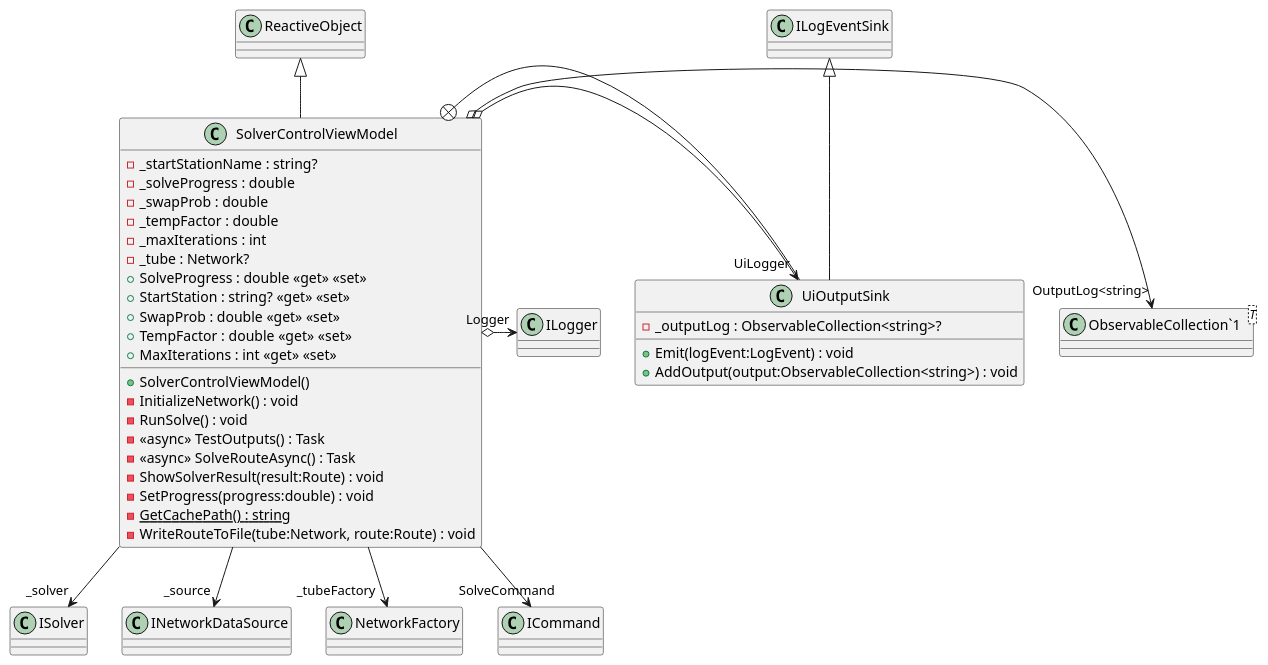
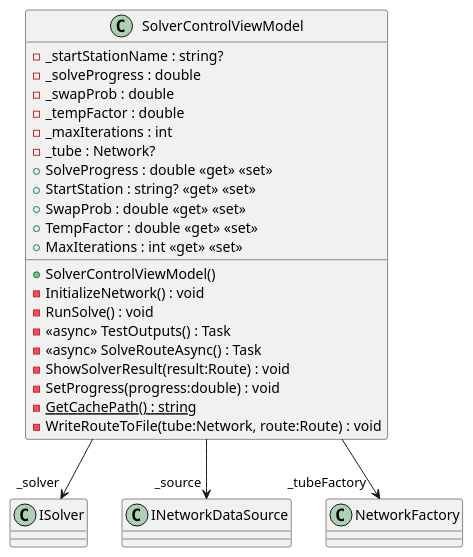
One commit to Liftyee/london-tube-navigator changed the diagram in TubeChallengeRouter/puml/GUIonly.puml. Above: the diagram before and after it, drawn with PlantUML. The commit also changed 4 other files, not shown here.

Commit message:
Manually polish and curate UML diagrams.

```diff
--- a/TubeChallengeRouter/puml/GUIonly.puml
+++ b/TubeChallengeRouter/puml/GUIonly.puml
@@ -1,41 +1,28 @@
 @startuml
 class SolverControlViewModel {
     - _startStationName : string?
     - _solveProgress : double
     - _swapProb : double
     - _tempFactor : double
     - _maxIterations : int
     - _tube : Network?
     + SolveProgress : double <<get>> <<set>>
     + StartStation : string? <<get>> <<set>>
     + SwapProb : double <<get>> <<set>>
     + TempFactor : double <<get>> <<set>>
     + MaxIterations : int <<get>> <<set>>
     + SolverControlViewModel()
     - InitializeNetwork() : void
     - RunSolve() : void
     - <<async>> TestOutputs() : Task
     - <<async>> SolveRouteAsync() : Task
     - ShowSolverResult(result:Route) : void
     - SetProgress(progress:double) : void
     - {static} GetCachePath() : string
     - WriteRouteToFile(tube:Network, route:Route) : void
 }
-class "ObservableCollection`1"<T> {
-}
-class UiOutputSink {
-    - _outputLog : ObservableCollection<string>?
-    + Emit(logEvent:LogEvent) : void
-    + AddOutput(output:ObservableCollection<string>) : void
-}
-ReactiveObject <|-- SolverControlViewModel
+
 SolverControlViewModel --> "_solver" ISolver
 SolverControlViewModel --> "_source" INetworkDataSource
 SolverControlViewModel --> "_tubeFactory" NetworkFactory
-SolverControlViewModel --> "SolveCommand" ICommand
-SolverControlViewModel o-> "OutputLog<string>" "ObservableCollection`1"
-SolverControlViewModel o-> "UiLogger" UiOutputSink
-SolverControlViewModel o-> "Logger" ILogger
-SolverControlViewModel +-- UiOutputSink
-ILogEventSink <|-- UiOutputSink
 @enduml
```
